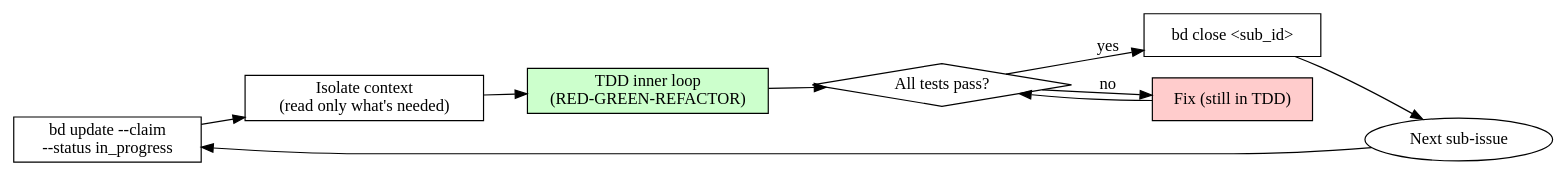
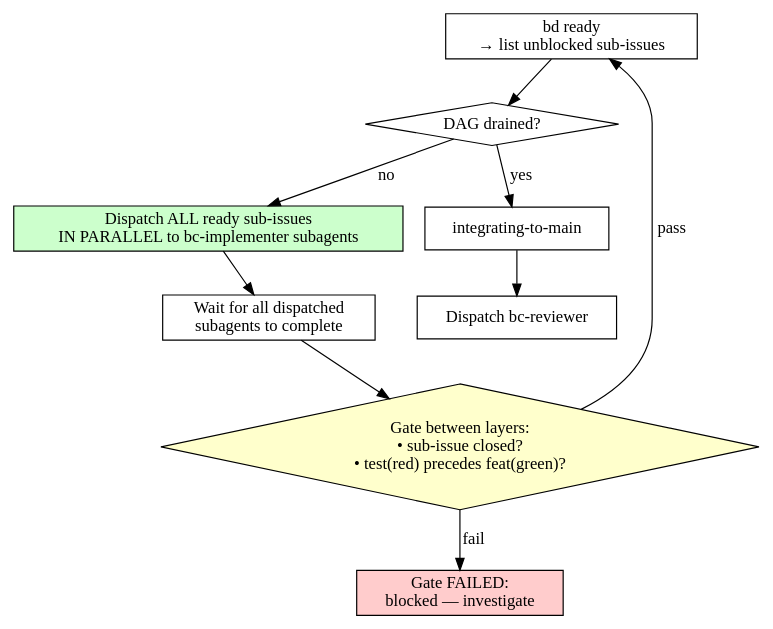
The diagram in src/shop_templates/templates/skills/subagent-driven-development/SKILL.md (dstengle/shopsystem-templates), drawn with Graphviz before and after one commit. The commit also changed other lines of this file, not shown here.

First line of the commit message:
feat(green): SDD parallel dispatch loop with inter-layer artifact gate

````diff
--- a/src/shop_templates/templates/skills/subagent-driven-development/SKILL.md
+++ b/src/shop_templates/templates/skills/subagent-driven-development/SKILL.md
@@ -35,18 +75,21 @@
 ```dot
 digraph sdd_loop {
-    rankdir=LR;
-    claim   [label="bd update --claim\n--status in_progress", shape=box];
-    isolate [label="Isolate context\n(read only what's needed)", shape=box];
-    tdd     [label="TDD inner loop\n(RED-GREEN-REFACTOR)", shape=box, style=filled, fillcolor="#ccffcc"];
-    verify  [label="All tests pass?", shape=diamond];
-    close   [label="bd close <sub_id>", shape=box];
-    next    [label="Next sub-issue", shape=ellipse];
-    fix     [label="Fix (still in TDD)", shape=box, style=filled, fillcolor="#ffcccc"];
+    rankdir=TB;
+    ready   [label="bd ready\n→ list unblocked sub-issues", shape=box];
+    empty   [label="DAG drained?", shape=diamond];
+    parallel [label="Dispatch ALL ready sub-issues\nIN PARALLEL to bc-implementer subagents", shape=box, style=filled, fillcolor="#ccffcc"];
+    wait    [label="Wait for all dispatched\nsubagents to complete", shape=box];
+    gate    [label="Gate between layers:\n• sub-issue closed?\n• test(red) precedes feat(green)?", shape=diamond, style=filled, fillcolor="#ffffcc"];
+    fail    [label="Gate FAILED:\nblocked — investigate", shape=box, style=filled, fillcolor="#ffcccc"];
+    integrate [label="integrating-to-main", shape=box];
+    review  [label="Dispatch bc-reviewer", shape=box];
 
-    claim -> isolate -> tdd -> verify;
-    verify -> close [label="yes"];
-    verify -> fix   [label="no"];
-    fix    -> verify;
-    close  -> next  -> claim;
+    ready    -> empty;
+    empty    -> integrate [label="yes"];
+    empty    -> parallel  [label="no"];
+    parallel -> wait -> gate;
+    gate     -> ready    [label="pass"];
+    gate     -> fail     [label="fail"];
+    integrate -> review;
 }
 ```
````
